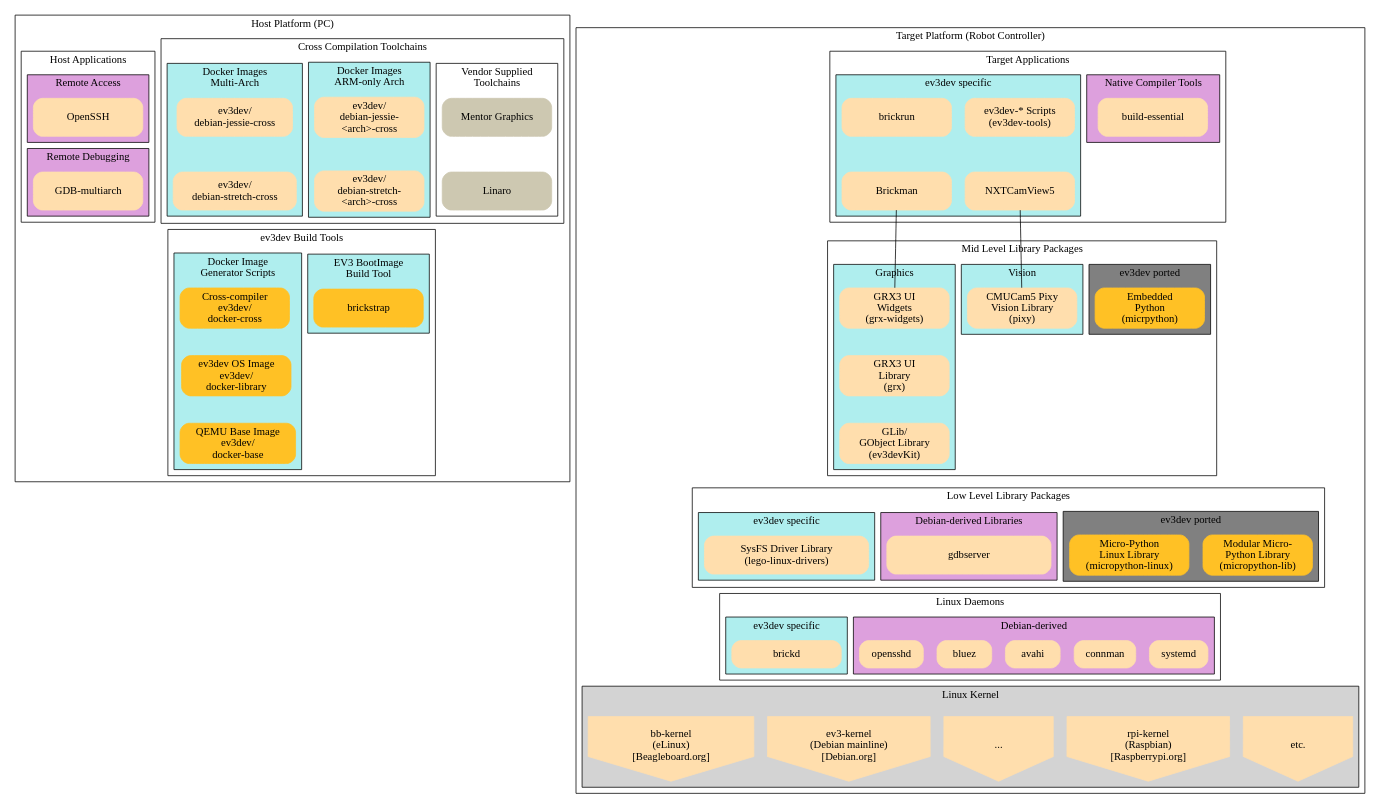
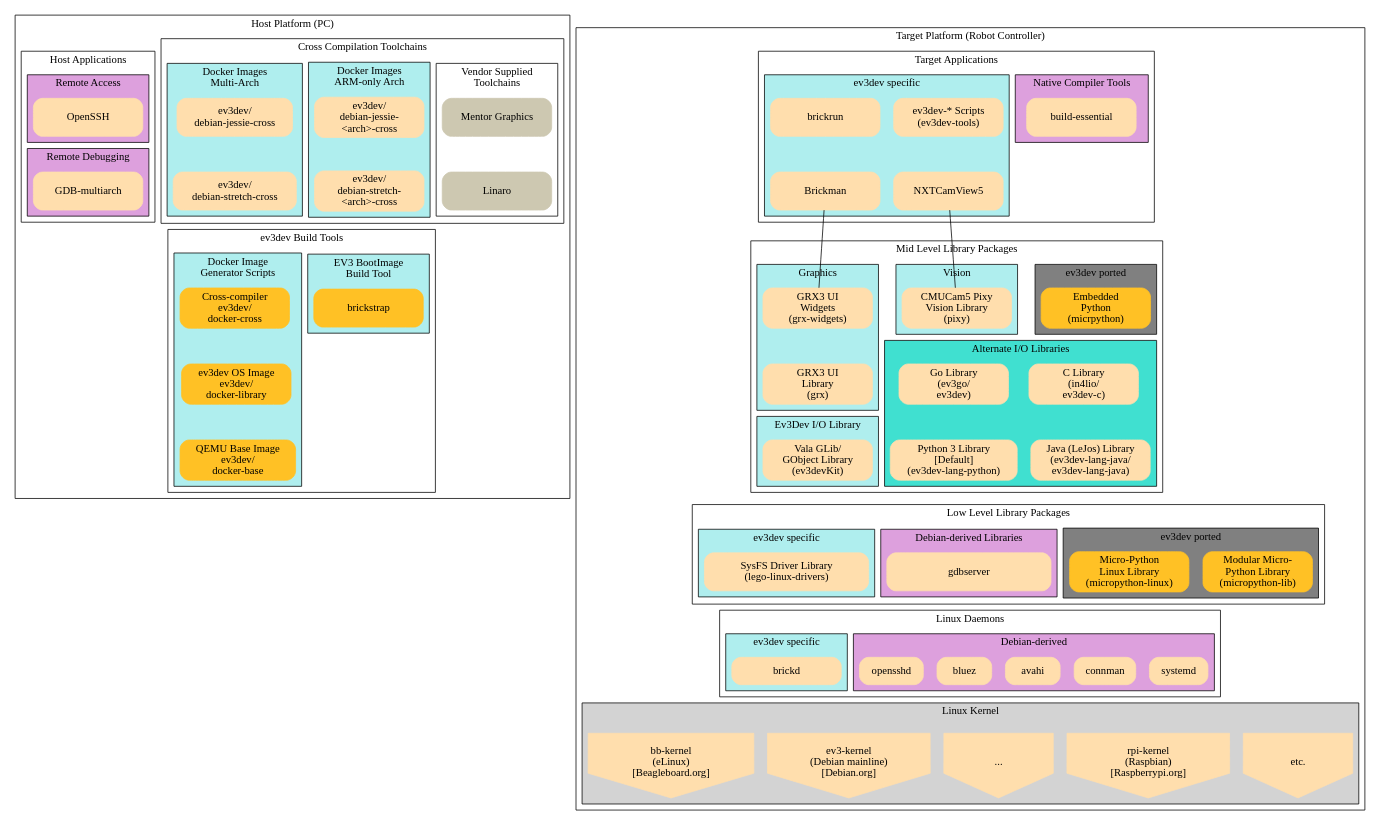
One commit to ev3dev/edu-docs changed the diagram in images/ev3dev-software-packages.dot. Above: the diagram before and after it, drawn with Graphviz. The commit also changed 3 other files, not shown here.

```diff
--- a/images/ev3dev-software-packages.dot
+++ b/images/ev3dev-software-packages.dot
@@ -82,14 +82,14 @@
 	
 	};
 
-	subgraph cluster_15 {
+	subgraph cluster_17 {
 
 		label = "Target Platform (Robot Controller)";
 	
-		subgraph cluster_14 {
+		subgraph cluster_16 {
 			label = "Target Applications";
 			
-			subgraph cluster_13 {
+			subgraph cluster_15 {
 				label="Native Compiler Tools";
 				style=filled;
 				fillcolor=plum;
@@ -97,7 +97,7 @@
 				"build-essential";
 			};
 			
-			subgraph cluster_12 {
+			subgraph cluster_14 {
 				label="ev3dev specific";
 				style=filled;
 				fillcolor=paleturquoise;
@@ -110,10 +110,10 @@
 		
 		};
 		
-		subgraph cluster_11 {
+		subgraph cluster_13 {
 			label = "Mid Level Library Packages";
 
-			subgraph cluster_10 {
+			subgraph cluster_12 {
 				label="ev3dev ported";
 				style=filled;
 				fillcolor=grey;
@@ -121,7 +121,7 @@
 				"Embedded\nPython\n(micrpython)";
 			};
 
-			subgraph cluster_9 {
+			subgraph cluster_11 {
 				label="Vision";
 				style=filled;
 				fillcolor=paleturquoise;
@@ -130,14 +130,33 @@
 			};
 
 
-			subgraph cluster_8 {
+			subgraph cluster_10 {
 				label = "Graphics";
 				style=filled;
 				fillcolor=paleturquoise;
 				node [shape=rect,style="filled,rounded",color=navajowhite,width=2];
-				"GRX3 UI\nWidgets\n(grx-widgets)"--"GRX3 UI\nLibrary\n(grx)"
-				--"GLib/\nGObject Library\n(ev3devKit)";
+				"GRX3 UI\nWidgets\n(grx-widgets)"--"GRX3 UI\nLibrary\n(grx)";
 			};
+
+			subgraph cluster_9 {
+				label = "Ev3Dev I/O Library";
+				style=filled;
+				fillcolor=paleturquoise;
+				node [shape=rect,style="filled,rounded",color=navajowhite,width=2];
+				"Vala GLib/\nGObject Library\n(ev3devKit)";
+			};
+			subgraph cluster_8 {
+				label = "Alternate I/O Libraries";
+				style=filled;
+				fillcolor=turquoise;
+				node [shape=rect,style="filled,rounded",color=navajowhite,width=2];
+				"C Library\n(in4lio/\nev3dev-c)"; "Java (LeJos) Library\n(ev3dev-lang-java/\nev3dev-lang-java)";
+				"Go Library\n(ev3go/\nev3dev)"; "Python 3 Library\n[Default]\n(ev3dev-lang-python)";
+			};
+			"Go Library\n(ev3go/\nev3dev)"--"Python 3 Library\n[Default]\n(ev3dev-lang-python)";
+			"C Library\n(in4lio/\nev3dev-c)"--"Java (LeJos) Library\n(ev3dev-lang-java/\nev3dev-lang-java)";
+			"GRX3 UI\nLibrary\n(grx)"--"Vala GLib/\nGObject Library\n(ev3devKit)"
+			"CMUCam5 Pixy\nVision Library\n(pixy)"--"C Library\n(in4lio/\nev3dev-c)";
 		};
 	
 		"Brickman"--"GRX3 UI\nWidgets\n(grx-widgets)" [penwidth=1];
@@ -211,7 +230,7 @@
 		"Embedded\nPython\n(micrpython)"--"Modular Micro-\nPython Library\n(micropython-lib)";
 
 		"Modular Micro-\nPython Library\n(micropython-lib)"--"avahi"
-		"GLib/\nGObject Library\n(ev3devKit)"--"SysFS Driver Library\n(lego-linux-drivers)"
+		"Vala GLib/\nGObject Library\n(ev3devKit)"--"SysFS Driver Library\n(lego-linux-drivers)"
 		"gdbserver"--"avahi"
 		"SysFS Driver Library\n(lego-linux-drivers)"--"brickd" [ltail=cluster_4, lhead=cluster_3];
 		"avahi"--"..." [ltail=cluster_1,lhead=cluster_0];
```
